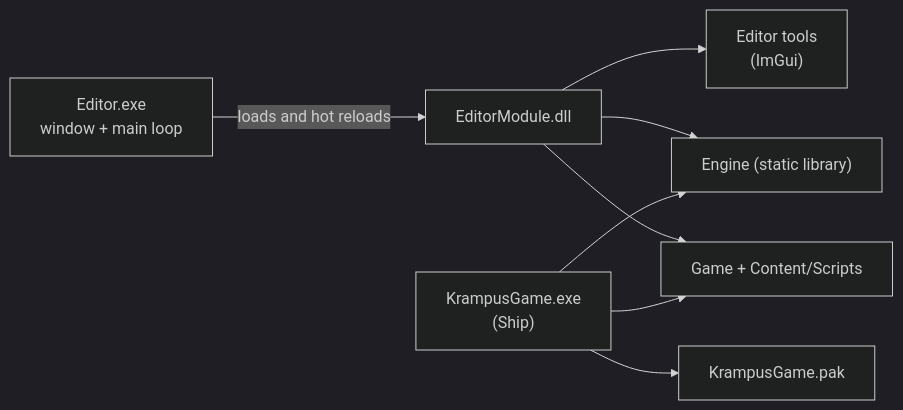
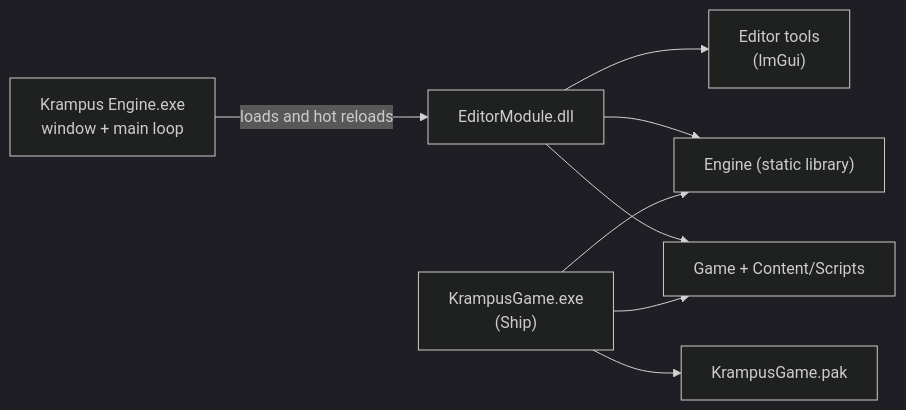
Before and after one commit to Oronte/KrampusEngine: the diagram in README.md, drawn with Mermaid (dark theme). The commit also changed other lines of this file and 580 other files, not shown here.

````diff
--- a/README.md
+++ b/README.md
@@ -226,10 +230,10 @@
 ```mermaid
 flowchart LR
-    Host["Editor.exe<br/>window + main loop"] -->|loads and hot reloads| Module["EditorModule.dll"]
+    Host["Krampus Engine.exe<br/>window + main loop"] -->|loads and hot reloads| Module["EditorModule.dll"]
     Module --> Tools["Editor tools<br/>(ImGui)"]
     Module --> EngineLib["Engine (static library)"]
     Module --> GameLib["Game + Content/Scripts"]
     Ship["KrampusGame.exe<br/>(Ship)"] --> EngineLib
     Ship --> GameLib
     Ship --> Pak["KrampusGame.pak"]
 ```
````
